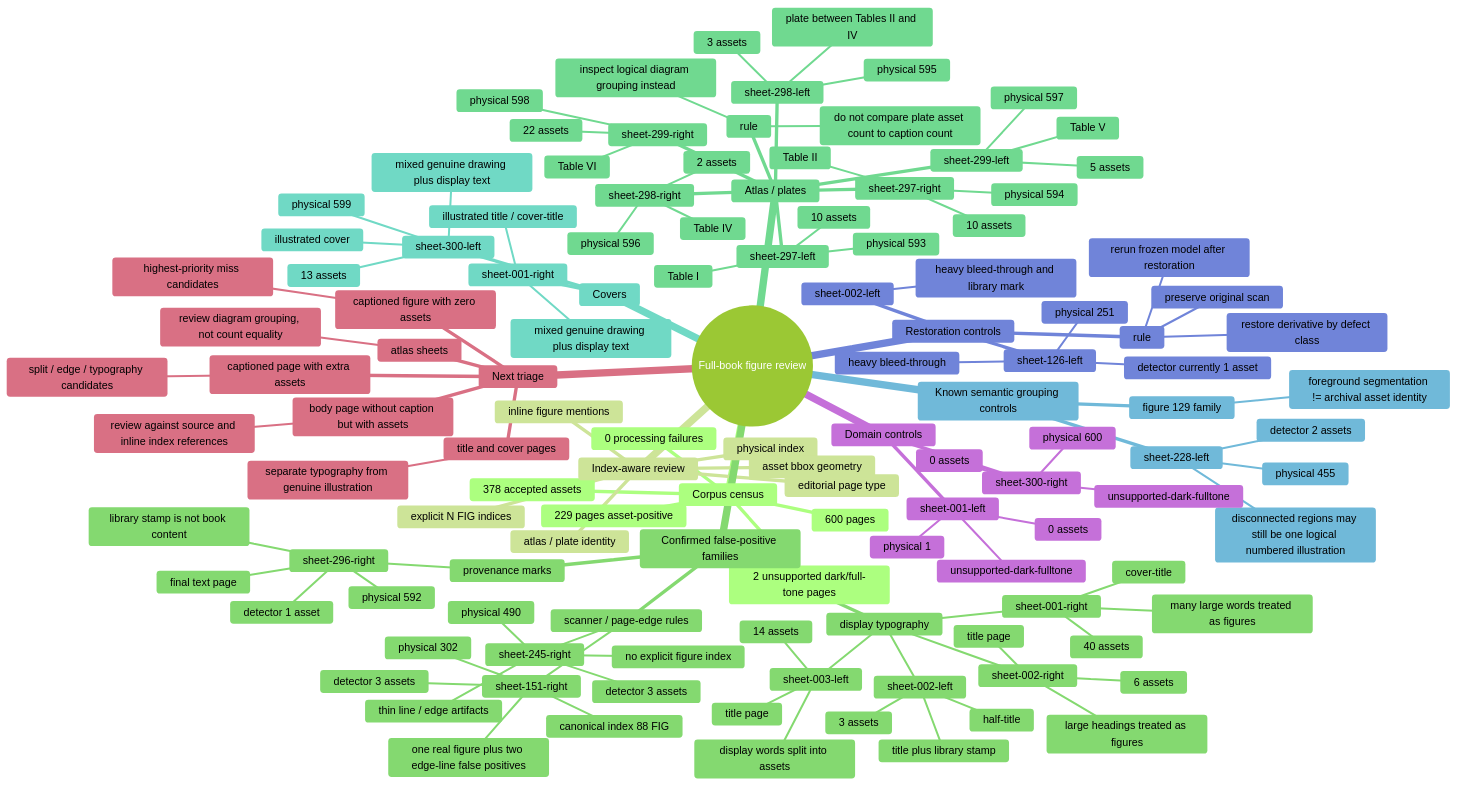
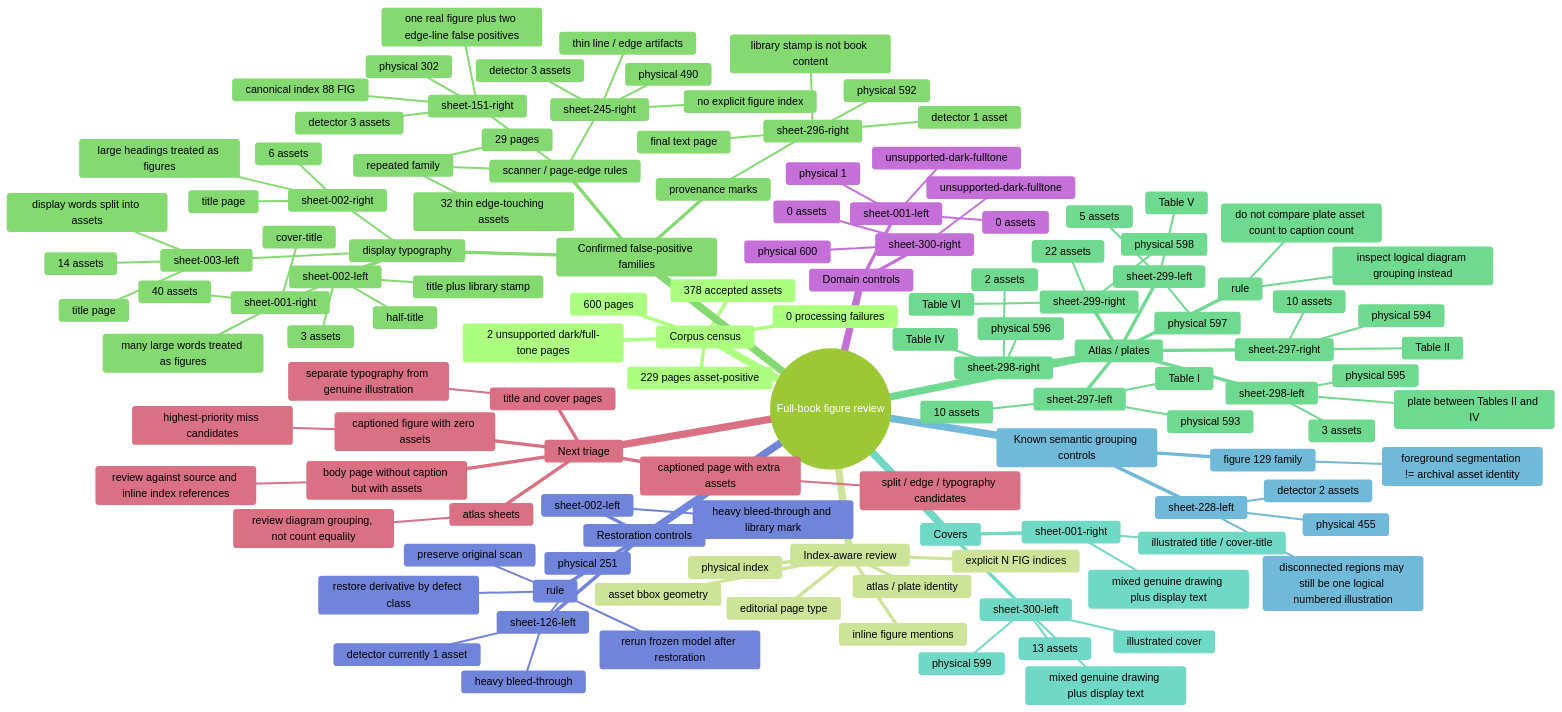
The diagram in docs/FIGURE_FULL_BOOK_REVIEW_MAP_v0.md (quendoris/corpus-motuum), drawn with Mermaid (forest theme) before and after one commit. The commit also changed other lines of this file, not shown here.

Commit message:
Add repeated edge-artifact census family

```diff
--- a/docs/FIGURE_FULL_BOOK_REVIEW_MAP_v0.md
+++ b/docs/FIGURE_FULL_BOOK_REVIEW_MAP_v0.md
@@ -134,6 +134,9 @@
           title page
           display words split into assets
       scanner / page-edge rules
+        repeated family
+          32 thin edge-touching assets
+          29 pages
         sheet-151-right
           physical 302
           canonical index 88 FIG
```
